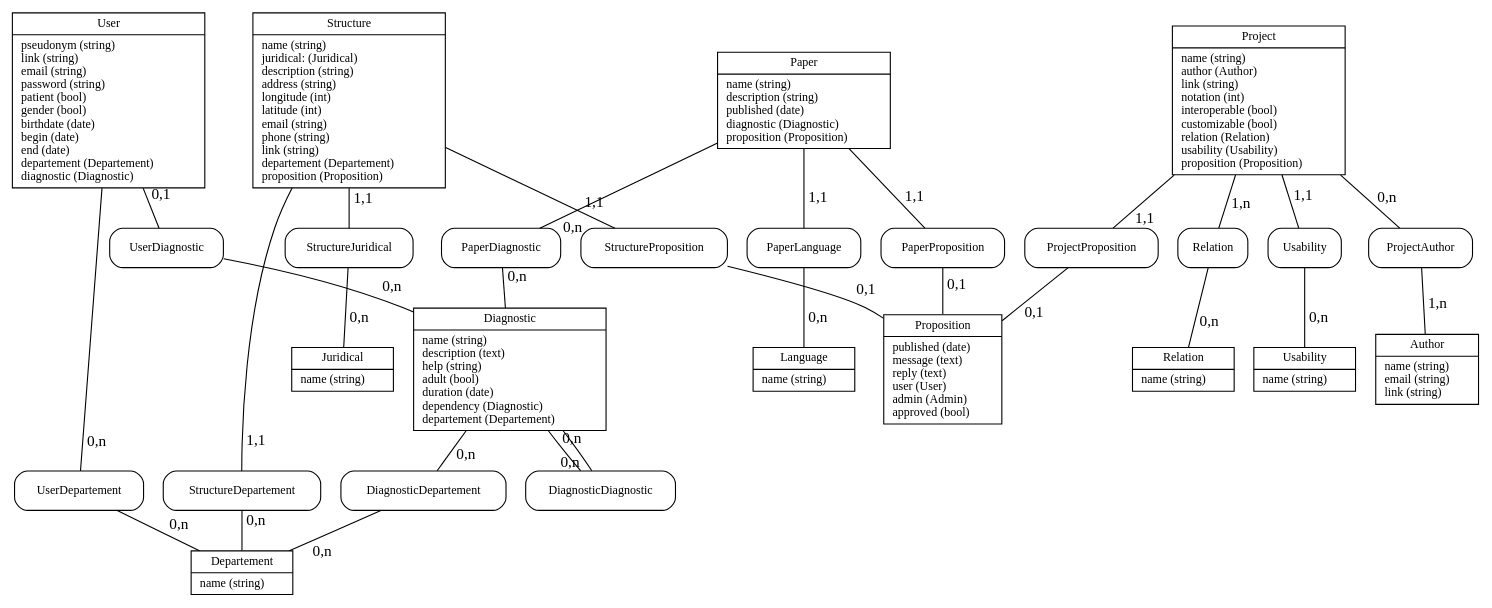
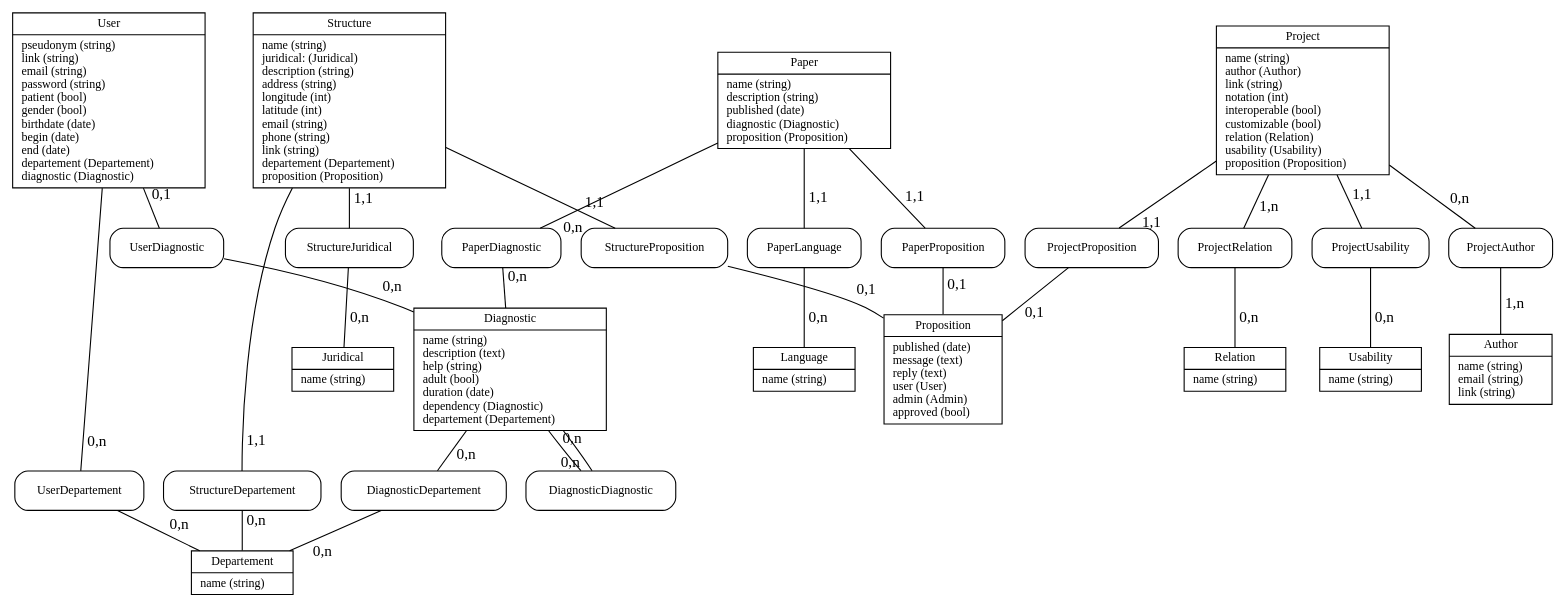
Before and after one commit to adjivas/site-ref: the diagram in mcd.dot, drawn with Graphviz. The commit also changed 1 other file, not shown here.

Commit message:
fix name relation project

```diff
--- a/mcd.dot
+++ b/mcd.dot
@@ -1,174 +1,174 @@
 graph siteRef {
   //! `dot -Tpng > mcd.png mcd.dot`
 
 	splines = true;
 	overlap = scalexy;
 	node [fontsize = 11];
 
 	/// Table
 
 	nodeTablePaper [label = "{
 		Paper
 			|
 				name (string)\l
 				description (string)\l
 				published (date)\l
 				diagnostic (Diagnostic)\l
 				proposition (Proposition)\l
 	}", shape=record];
 
 	nodeTableStructure [label = "{
 		Structure
 		  |
 				name (string)\l
 				juridical: (Juridical)\l
 				description (string)\l
                                 address (string)\l
 				longitude (int)\l
 				latitude (int)\l
 				email (string)\l
 				phone (string)\l
                                 link (string)\l
 				departement (Departement)\l
 				proposition (Proposition)\l
 	}", shape=record];
 
 	nodeTableJuridical [label = "{
 		Juridical
 		  |
 				name (string)\l
 	}", shape=record];
 
 	nodeTableDepartement [label = "{
 		Departement
 		  |
 				name (string)\l
 	}", shape=record];
 
 	nodeTableProject [label = "{
 		Project
 		  |
 				name (string)\l
 				author (Author)\l
 				link (string)\l
 				notation (int)\l
 				interoperable (bool)\l
 				customizable (bool)\l
 				relation (Relation)\l
 				usability (Usability)\l
 				proposition (Proposition)\l
 	}", shape=record];
 
 	nodeTableAuthor [label = "{
 		Author
 			|
 				name (string)\l
 				email (string)\l
 				link (string)\l
 	}", shape=record];
 
 	nodeTableRelation [label = "{
 		Relation
 			|
 				name (string)\l
 	}", shape=record];
 
 	nodeTableUsability [label = "{
 		Usability
 			|
 				name (string)\l
 	}", shape=record];
 
 	nodeTableProposition [label = "{
 		Proposition
 			|
 				published (date)\l
 				message (text)\l
 				reply (text)\l
 				user (User)\l
 				admin (Admin)\l
 				approved (bool)\l
 	}", shape=record];
 
 	nodeTableDiagnostic [label = "{
 		Diagnostic
 			|
 				name (string)\l
 				description (text)\l
 				help (string)\l
 				adult (bool)\l
                                 duration (date)\l
 				dependency (Diagnostic)\l
 				departement (Departement)\l
 	}", shape=record];
 
 	nodeTableUser [label = "{
 		User
 			|
 				pseudonym (string)\l
 				link (string)\l
 				email (string)\l
 				password (string)\l
 				patient (bool)\l
 				gender (bool)\l
 				birthdate (date)\l
 				begin (date)\l
 				end (date)\l
 				departement (Departement)\l
 				diagnostic (Diagnostic)\l
 	}", shape=record];
 
 	nodeTableLanguage [label = "{
 		Language
 			|
 				name (string)\l
 	}", shape=record];
 
 	/// Relation
 
 	nodeRelationPaperDiagnostic [label = "{PaperDiagnostic}", shape = Mrecord];
 	nodeRelationPaperProposition [label = "{PaperProposition}", shape = Mrecord];
 	nodeRelationStructureJuridical [label = "{StructureJuridical}", shape = Mrecord];
 	nodeRelationStructureDepartement [label = "{StructureDepartement}", shape = Mrecord];
 	nodeRelationStructureProposition [label = "{StructureProposition}", shape = Mrecord];
-	nodeRelationProjectRelation [label = "{Relation}", shape = Mrecord];
-	nodeRelationProjectUsability [label = "{Usability}", shape = Mrecord];
+	nodeRelationProjectRelation [label = "{ProjectRelation}", shape = Mrecord];
+	nodeRelationProjectUsability [label = "{ProjectUsability}", shape = Mrecord];
 	nodeRelationProjectProposition [label = "{ProjectProposition}", shape = Mrecord];
 	nodeRelationProjectAuthor [label = "{ProjectAuthor}", shape = Mrecord];
 	nodeRelationDiagnosticDiagnostic [label = "{DiagnosticDiagnostic}", shape = Mrecord];
 	nodeRelationDiagnosticDepartement [label = "{DiagnosticDepartement}", shape = Mrecord];
 	nodeRelationUserDepartement [label = "{UserDepartement}", shape = Mrecord];
 	nodeRelationUserDiagnostic [label = "{UserDiagnostic}", shape = Mrecord];
 	nodeRelationPaperLanguage [label = "{PaperLanguage}", shape = Mrecord];
 
 	/// Cardinality
 
 	nodeTablePaper -- nodeRelationPaperDiagnostic [headlabel = "0,n", labeldistance = 3];
 	nodeRelationPaperDiagnostic -- nodeTableDiagnostic [headlabel = "0,n", labeldistance = 3];
 	nodeTablePaper -- nodeRelationPaperProposition [headlabel = "1,1", labeldistance = 3];
 	nodeRelationPaperProposition -- nodeTableProposition [headlabel = "0,1", labeldistance = 3]
 	nodeTablePaper -- nodeRelationPaperLanguage [headlabel = "1,1", labeldistance = 3];
 	nodeRelationPaperLanguage -- nodeTableLanguage [headlabel = "0,n", labeldistance = 3]
 	nodeTableStructure -- nodeRelationStructureJuridical [headlabel = "1,1", labeldistance = 3];
 	nodeRelationStructureJuridical -- nodeTableJuridical [headlabel = "0,n", labeldistance = 3];
 	nodeTableStructure -- nodeRelationStructureDepartement [headlabel = "1,1", labeldistance = 3];
 	nodeRelationStructureDepartement -- nodeTableDepartement [headlabel = "0,n", labeldistance = 3];
 	nodeTableStructure -- nodeRelationStructureProposition [headlabel = "1,1", labeldistance = 3];
 	nodeRelationStructureProposition -- nodeTableProposition [headlabel = "0,1", labeldistance = 3];
 	nodeTableProject -- nodeRelationProjectRelation [headlabel = "1,n", labeldistance = 3];
 	nodeRelationProjectRelation -- nodeTableRelation [headlabel = "0,n", labeldistance = 3];
 	nodeTableProject -- nodeRelationProjectUsability [headlabel = "1,1", labeldistance = 3];
 	nodeRelationProjectUsability -- nodeTableUsability [headlabel = "0,n", labeldistance = 3];
 	nodeTableProject -- nodeRelationProjectProposition [headlabel = "1,1", labeldistance = 3];
 	nodeRelationProjectProposition -- nodeTableProposition [headlabel = "0,1", labeldistance = 3];
 	nodeTableProject -- nodeRelationProjectAuthor [headlabel = "0,n", labeldistance = 3];
 	nodeRelationProjectAuthor -- nodeTableAuthor [headlabel = "1,n", labeldistance = 3];
 	nodeTableDiagnostic -- nodeRelationDiagnosticDiagnostic [headlabel = "0,n", labeldistance = 3];
 	nodeRelationDiagnosticDiagnostic -- nodeTableDiagnostic [headlabel = "0,n", labeldistance = 3];
 	nodeTableDiagnostic -- nodeRelationDiagnosticDepartement [headlabel = "0,n", labeldistance = 3];
 	nodeRelationDiagnosticDepartement -- nodeTableDepartement [headlabel = "0,n", labeldistance = 3];
 	nodeTableUser -- nodeRelationUserDepartement [headlabel = "0,n", labeldistance = 3];
 	nodeRelationUserDepartement -- nodeTableDepartement [headlabel = "0,n", labeldistance = 3];
 	nodeTableUser -- nodeRelationUserDiagnostic [headlabel = "0,1", labeldistance = 3];
 	nodeRelationUserDiagnostic -- nodeTableDiagnostic [headlabel = "0,n", labeldistance = 3];
 }
```
